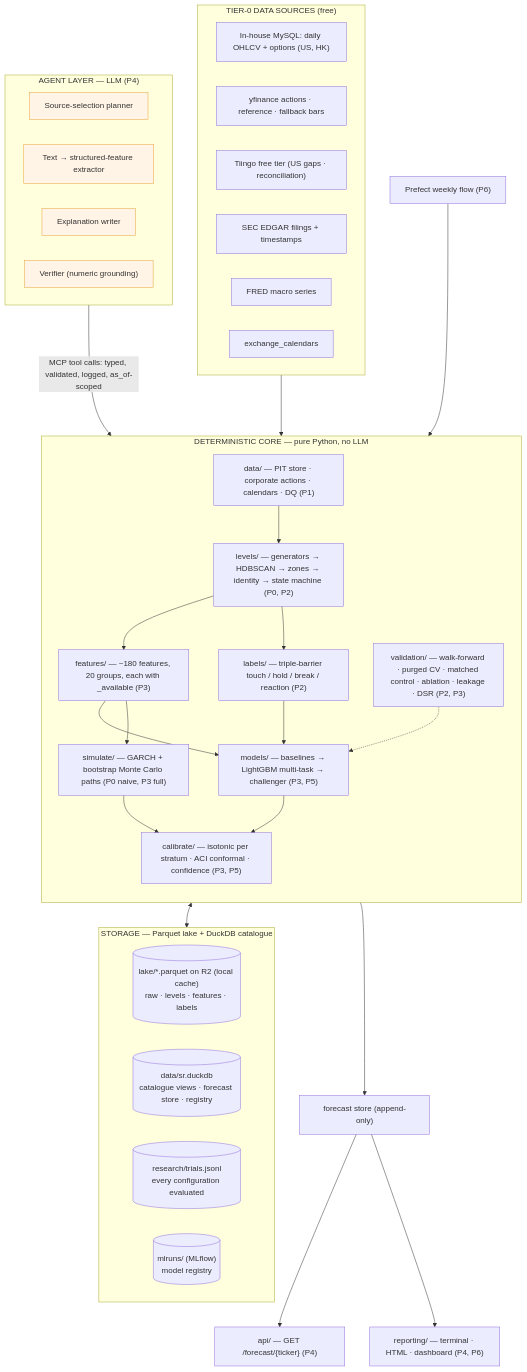
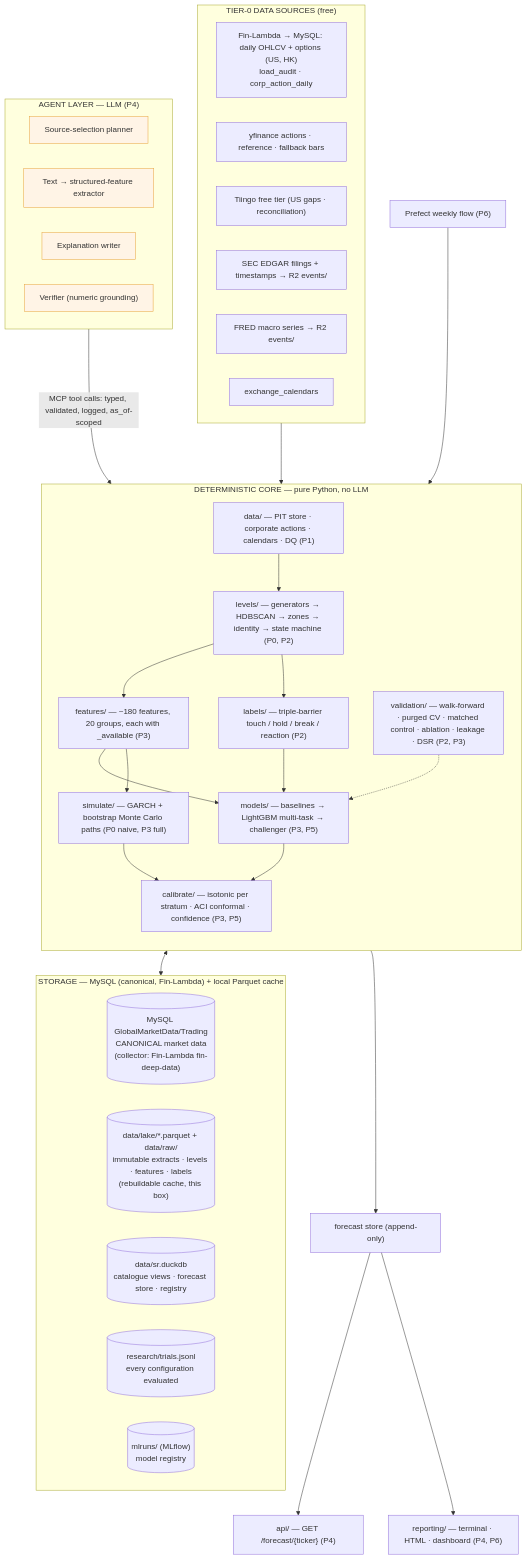
Before and after one commit to Neural-Matrix-LLC/Support-Resistance-Agent: the first of 29 diagrams in docs/SR_Technical_Document.md, drawn with Mermaid. The commit also changed other lines of this file and 2 other files, not shown here.

Commit message:
docs: P1 re-planned (v0.5) — MySQL canonical via Fin-Lambda, R2 events-only, VPS/Lambda dropped; Stage-A design

````diff
--- a/docs/SR_Technical_Document.md
+++ b/docs/SR_Technical_Document.md
@@ -53,57 +53,58 @@
 ```mermaid
 flowchart TB
     subgraph AGENT["AGENT LAYER — LLM (P4)"]
         PLAN["Source-selection planner"]
         EXTRACT["Text → structured-feature extractor"]
         NARR["Explanation writer"]
         VERIFY["Verifier (numeric grounding)"]
     end
 
     subgraph CORE["DETERMINISTIC CORE — pure Python, no LLM"]
         direction TB
         DATA["data/ — PIT store · corporate actions · calendars · DQ (P1)"]
         LEVELS["levels/ — generators → HDBSCAN → zones → identity → state machine (P0, P2)"]
         FEAT["features/ — ~180 features, 20 groups, each with _available (P3)"]
         LABELS["labels/ — triple-barrier touch / hold / break / reaction (P2)"]
         MODELS["models/ — baselines → LightGBM multi-task → challenger (P3, P5)"]
         SIM["simulate/ — GARCH + bootstrap Monte Carlo paths (P0 naive, P3 full)"]
         CAL["calibrate/ — isotonic per stratum · ACI conformal · confidence (P3, P5)"]
         VAL["validation/ — walk-forward · purged CV · matched control · ablation · leakage · DSR (P2, P3)"]
         DATA --> LEVELS --> FEAT --> MODELS --> CAL
         LEVELS --> LABELS --> MODELS
         FEAT --> SIM --> CAL
         VAL -.-> MODELS
     end
 
-    subgraph STORE["STORAGE — Parquet lake + DuckDB catalogue"]
-        LAKE[("lake/*.parquet on R2 (local cache)<br/>raw · levels · features · labels")]
+    subgraph STORE["STORAGE — MySQL (canonical, Fin-Lambda) + local Parquet cache"]
+        MYSQLC[("MySQL GlobalMarketData/Trading<br/>CANONICAL market data<br/>(collector: Fin-Lambda fin-deep-data)")]
+        LAKE[("data/lake/*.parquet + data/raw/<br/>immutable extracts · levels · features · labels<br/>(rebuildable cache, this box)")]
         DUCK[("data/sr.duckdb<br/>catalogue views · forecast store · registry")]
         TRIALS[("research/trials.jsonl<br/>every configuration evaluated")]
         MLF[("mlruns/ (MLflow)<br/>model registry")]
     end
 
     subgraph SRC["TIER-0 DATA SOURCES (free)"]
-        MYSQLS["In-house MySQL: daily OHLCV + options (US, HK)"]
+        MYSQLS["Fin-Lambda → MySQL: daily OHLCV + options (US, HK)<br/>load_audit · corp_action_daily"]
         STOOQ["yfinance actions · reference · fallback bars"]
         TIINGO["Tiingo free tier (US gaps · reconciliation)"]
-        EDGAR["SEC EDGAR filings + timestamps"]
-        FRED["FRED macro series"]
+        EDGAR["SEC EDGAR filings + timestamps → R2 events/"]
+        FRED["FRED macro series → R2 events/"]
         XCAL["exchange_calendars"]
     end
 
     FS["forecast store (append-only)"]
     API["api/ — GET /forecast/#123;ticker#125; (P4)"]
     REPORT["reporting/ — terminal · HTML · dashboard (P4, P6)"]
     SCHED["Prefect weekly flow (P6)"]
 
     AGENT -- "MCP tool calls: typed, validated, logged, as_of-scoped" --> CORE
     SRC --> DATA
     CORE <--> STORE
     CAL --> FS
     FS --> API
     FS --> REPORT
     SCHED --> CORE
 
     classDef llm fill:#fff4e6,stroke:#e8a33d
     class PLAN,EXTRACT,NARR,VERIFY llm
 ```
````
